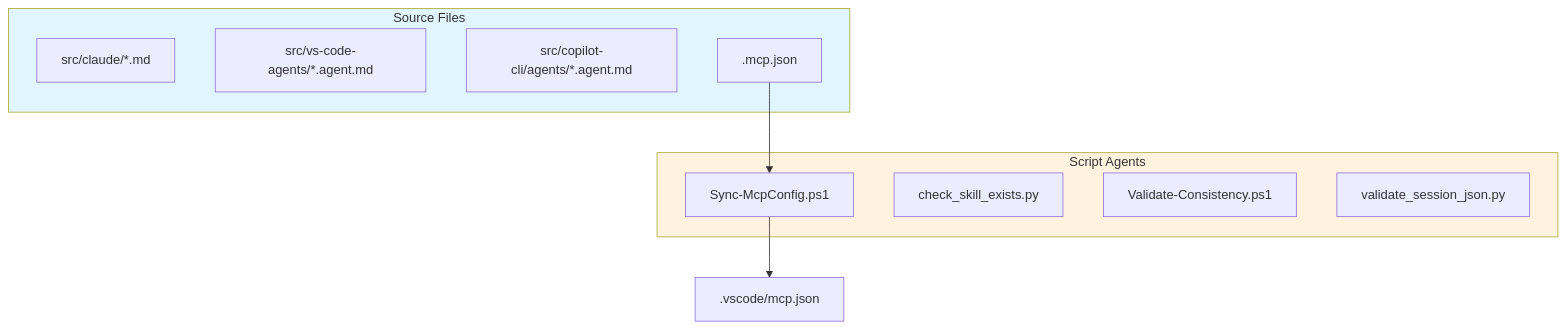
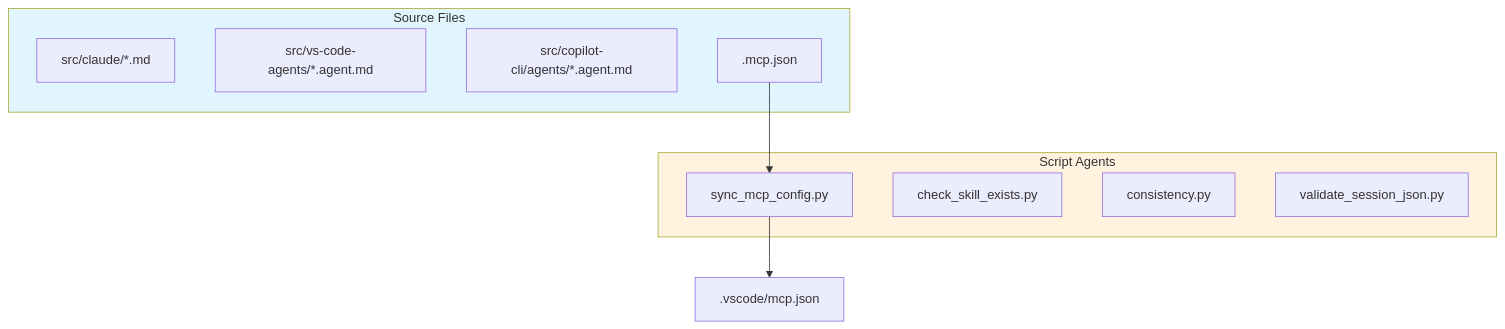
Before and after one commit to rjmurillo/ai-agents: the diagram in scripts/AGENTS.md, drawn with Mermaid. The commit also changed other lines of this file and 7 other files, not shown here.

````diff
--- a/scripts/AGENTS.md
+++ b/scripts/AGENTS.md
@@ -147,22 +148,22 @@
 ```mermaid
 flowchart TD
     subgraph Sources["Source Files"]
         SC[src/claude/*.md]
         SV[src/vs-code-agents/*.agent.md]
         SCP[src/copilot-cli/agents/*.agent.md]
         MCP[.mcp.json]
     end
 
     subgraph Scripts["Script Agents"]
-        SYN[Sync-McpConfig.ps1]
+        SYN[sync_mcp_config.py]
         CHK[check_skill_exists.py]
-        VCS[Validate-Consistency.ps1]
+        VCS[consistency.py]
         VSP[validate_session_json.py]
     end
 
     MCP --> SYN
     SYN --> VSC[.vscode/mcp.json]
 
     style Sources fill:#e1f5fe
     style Scripts fill:#fff3e0
 ```
````
